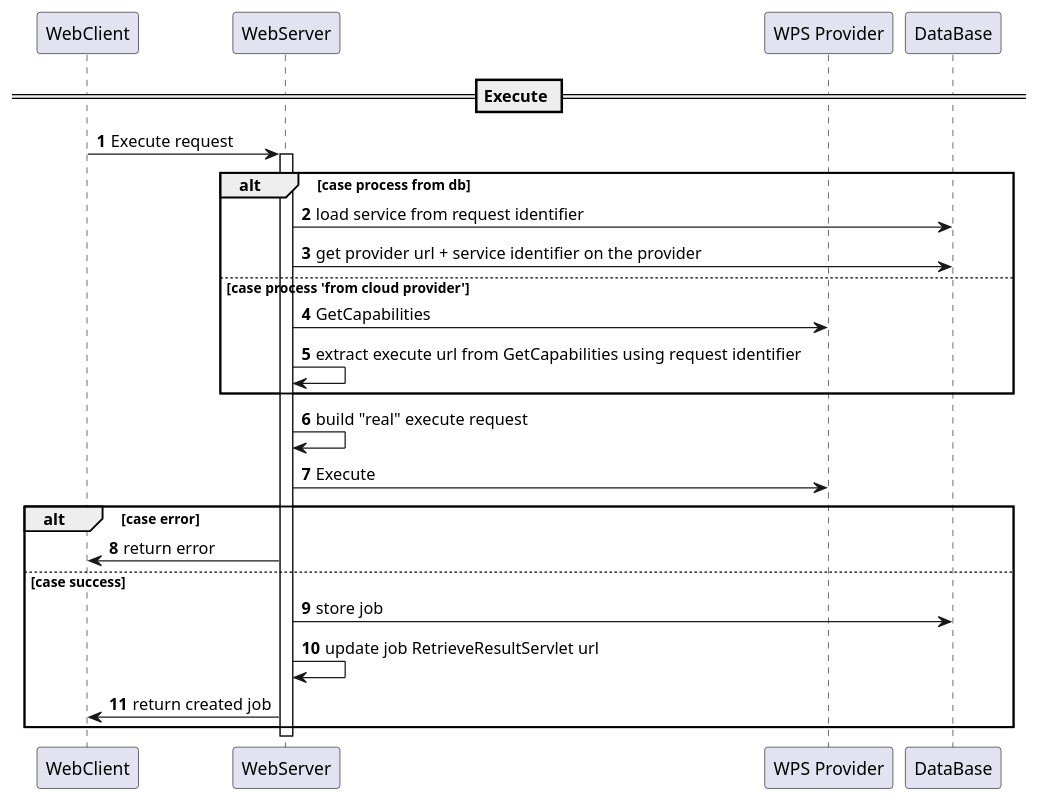
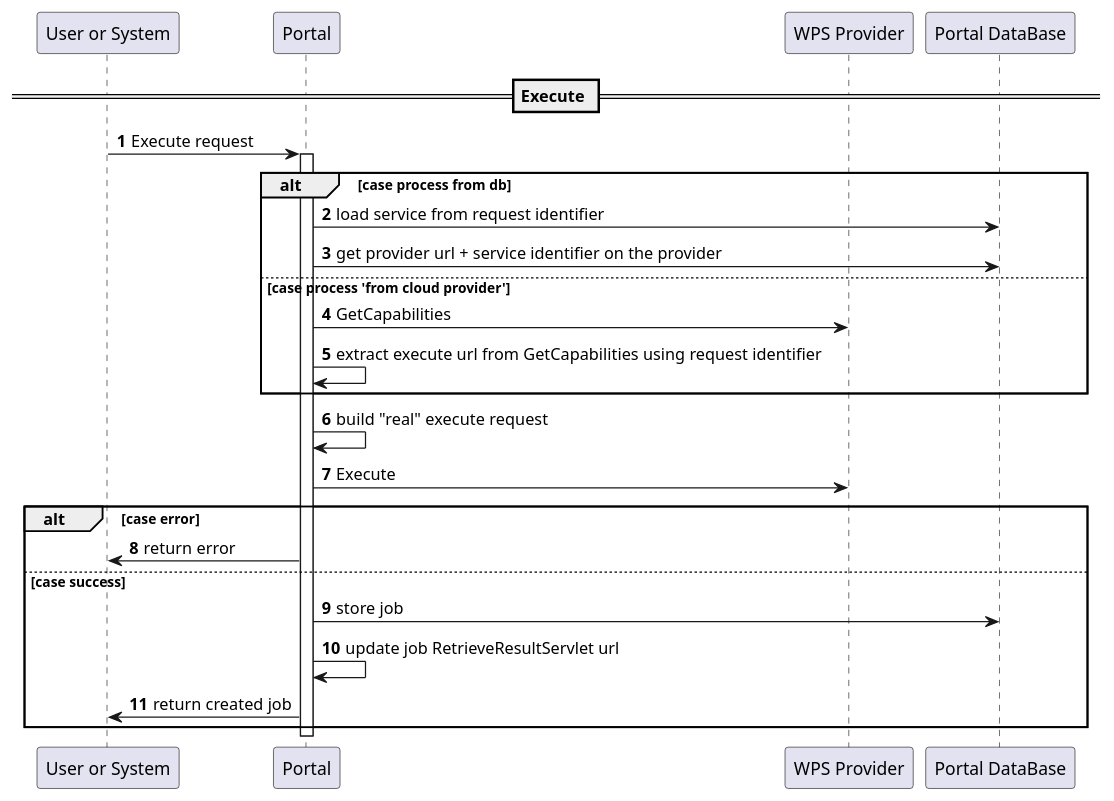
One commit to urban-tep/DDF-SDD changed the third of 6 diagrams in source/groups/group___core_w_p_s.rst. Above: the diagram before and after it, drawn with PlantUML. The commit also changed other lines of this file and 23 other files, not shown here.

```diff
--- a/source/groups/group___core_w_p_s.rst
+++ b/source/groups/group___core_w_p_s.rst
@@ -107,33 +107,33 @@
 .. uml::
 	:caption: WPS Service Analysis Sequence Diagram - Execute
 	:align: center
 
 
-	participant "WebClient" as WC
-	participant "WebServer" as WS
+	participant "User or System" as WC
+	participant "Portal" as WS
 	participant "WPS Provider" as P
-	participant "DataBase" as DB
+	participant "Portal DataBase" as DB
 	
 	autonumber
 	
 	== Execute ==
 	
 	WC -> WS: Execute request
 	activate WS
 	alt case process from db
 	    WS -> DB: load service from request identifier
 	    WS -> DB: get provider url + service identifier on the provider
 	else case process 'from cloud provider'
 	    WS -> P: GetCapabilities
 	    WS -> WS: extract execute url from GetCapabilities using request identifier
 	end
 	WS -> WS: build "real" execute request
 	WS -> P: Execute
 	alt case error
 	    WS -> WC: return error
 	else case success
 	    WS -> DB: store job
 	    WS -> WS: update job RetrieveResultServlet url
 	    WS -> WC: return created job
 	end
 	deactivate WS
```
